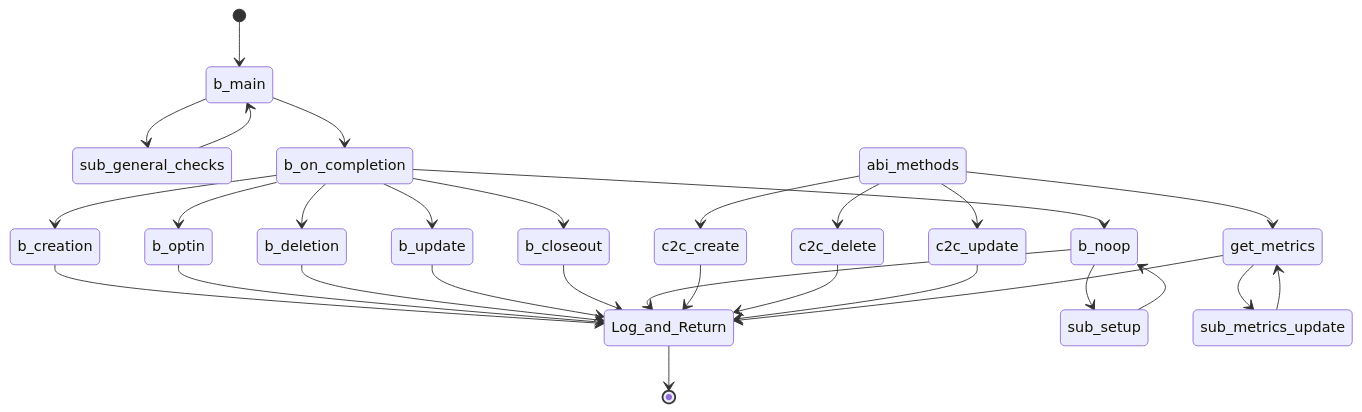
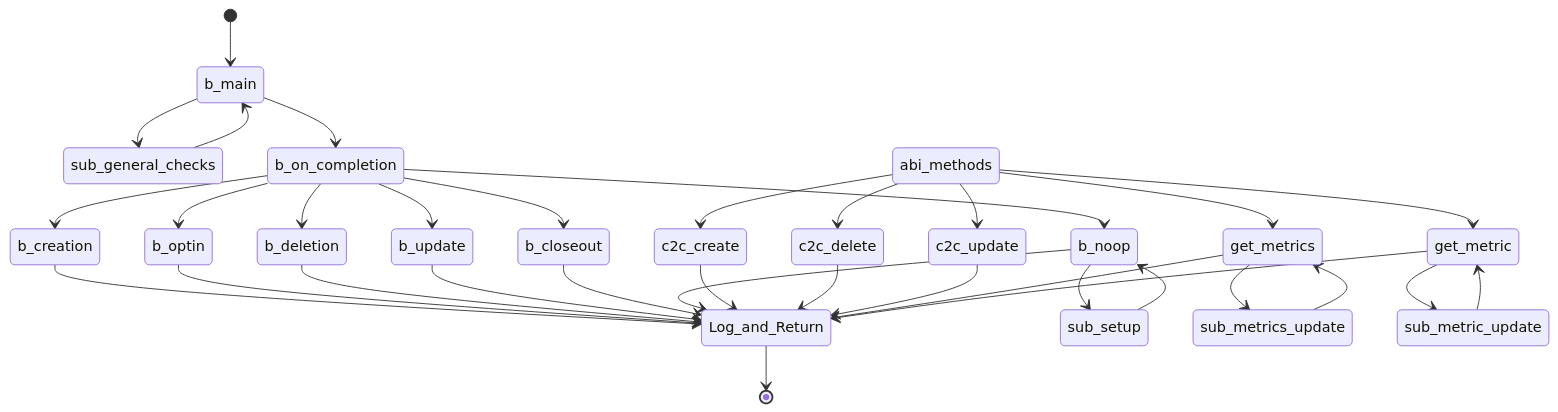
The seventh of 10 diagrams in profile/README.md (GoPlausible/.github), drawn with Mermaid before and after one commit.

````diff
--- a/profile/README.md
+++ b/profile/README.md
@@ -256,38 +256,43 @@
 ```mermaid
   stateDiagram-v2
     [*] --> b_main
     b_main --> sub_general_checks
     sub_general_checks --> b_main
     b_main --> b_on_completion
     b_on_completion --> b_creation
     b_creation --> Log_and_Return
     b_on_completion --> b_optin
     b_optin --> Log_and_Return
     b_on_completion --> b_deletion
     b_deletion --> Log_and_Return
     b_on_completion --> b_update
     b_update --> Log_and_Return
     b_on_completion --> b_closeout
     b_closeout --> Log_and_Return
 
     b_on_completion --> b_noop
     b_noop --> sub_setup
     sub_setup --> b_noop
     b_noop --> Log_and_Return
 
     abi_methods --> c2c_create
     c2c_create --> Log_and_Return
     abi_methods --> c2c_delete
     c2c_delete --> Log_and_Return
     abi_methods --> c2c_update
     c2c_update --> Log_and_Return
 
    
     abi_methods --> get_metrics
     get_metrics --> sub_metrics_update
     sub_metrics_update --> get_metrics
     get_metrics --> Log_and_Return
 
+    abi_methods --> get_metric
+    get_metric --> sub_metric_update
+    sub_metric_update --> get_metric
+    get_metric --> Log_and_Return
+
     Log_and_Return --> [*]
     
 ```
````
